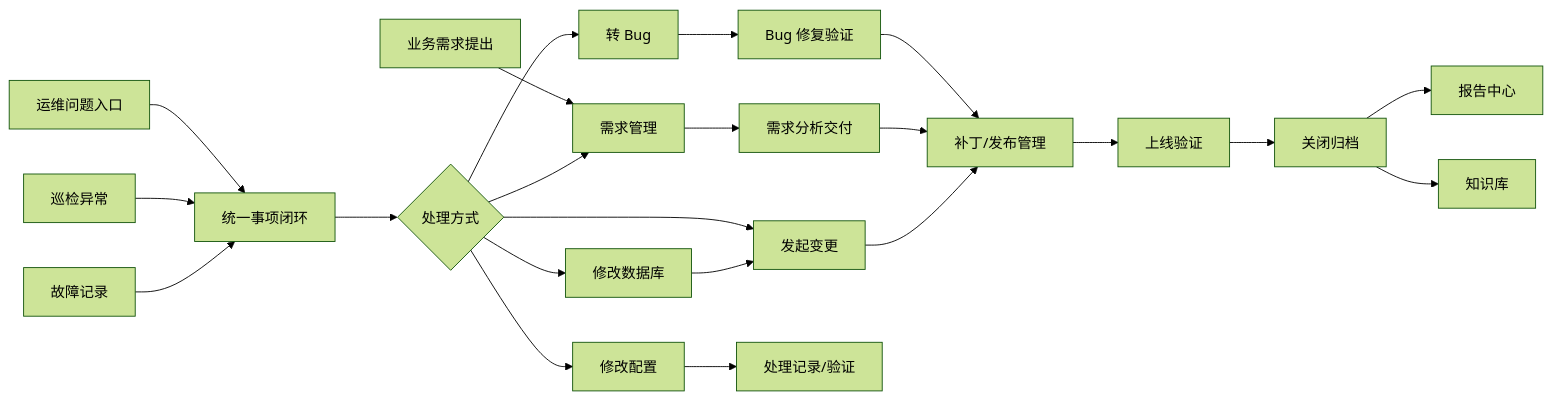
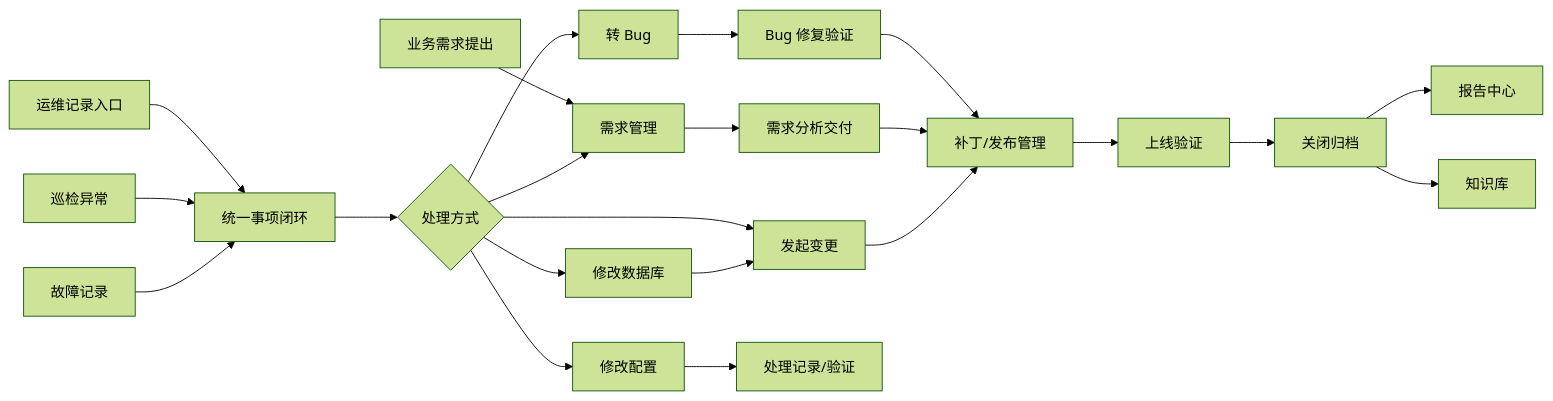
The diagram in docs/新版系统需求说明与设计说明.md (kevin-wxq/investmentSysDevops), drawn with Mermaid (forest theme) before and after one commit. The commit also changed other lines of this file and 13 other files, not shown here.

````diff
--- a/docs/新版系统需求说明与设计说明.md
+++ b/docs/新版系统需求说明与设计说明.md
@@ -73,24 +73,24 @@
 ```mermaid
 flowchart LR
-    A["运维问题入口"] --> B["统一事项闭环"]
+    A["运维记录入口"] --> B["统一事项闭环"]
     C["巡检异常"] --> B
     D["故障记录"] --> B
     E["业务需求提出"] --> F["需求管理"]
     B --> G{"处理方式"}
     G --> H["修改配置"]
     G --> I["修改数据库"]
     G --> J["转 Bug"]
     G --> F
     G --> K["发起变更"]
     J --> L["Bug 修复验证"]
     F --> M["需求分析交付"]
     H --> N["处理记录/验证"]
     I --> K
     L --> O["补丁/发布管理"]
     M --> O
     K --> O
     O --> P["上线验证"]
     P --> Q["关闭归档"]
     Q --> R["报告中心"]
     Q --> S["知识库"]
 ```
````
